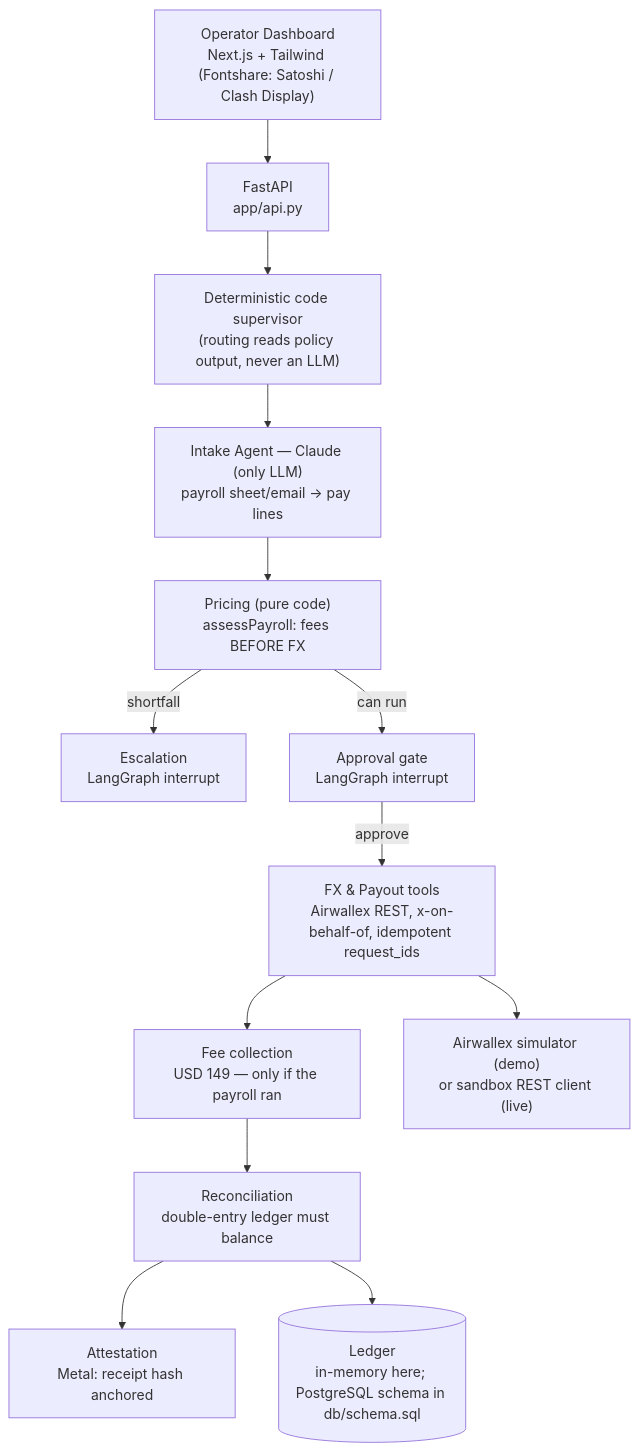
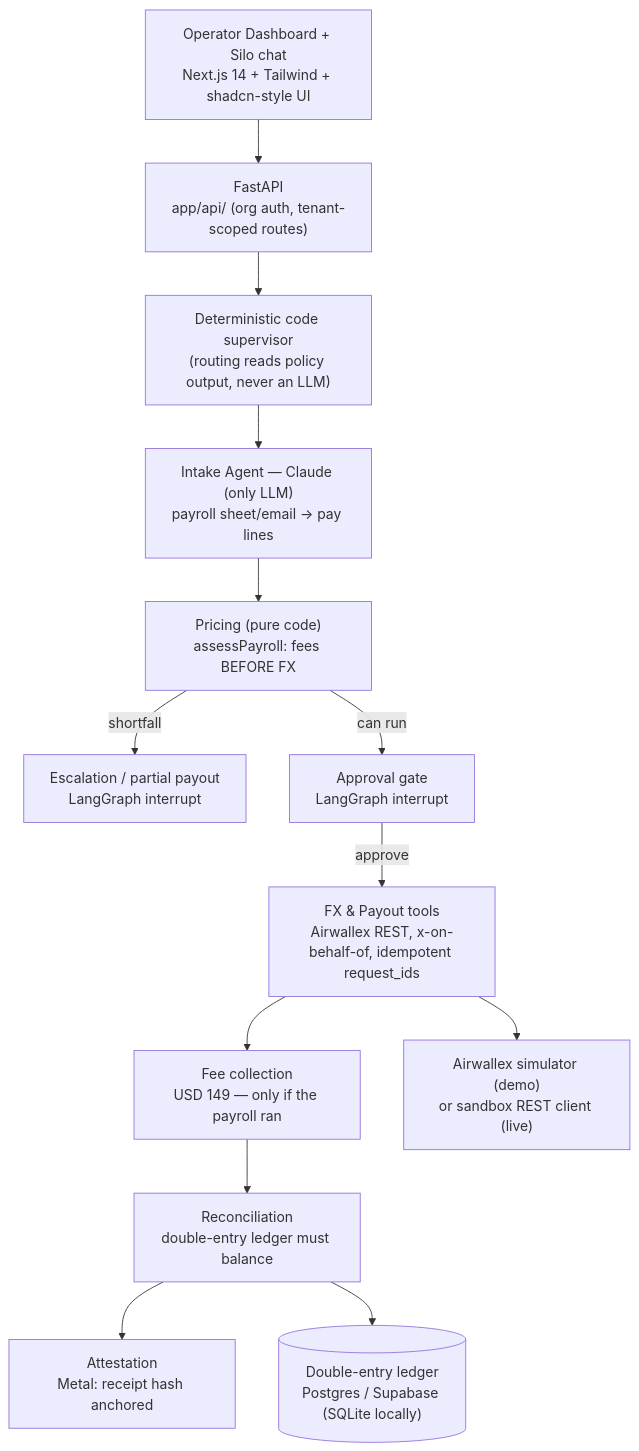
The first of 2 diagrams in README.md (BEASTSHRIRAM/PaySilo), drawn with Mermaid before and after one commit. The commit also changed other lines of this file, not shown here.

First line of the commit message:
docs(readme): v3 state — Kit 6 partial payout, live sandbox guide, troubleshooting

````diff
--- a/README.md
+++ b/README.md
@@ -36,24 +43,24 @@
 ```mermaid
 flowchart TD
-    UI["Operator Dashboard<br/>Next.js + Tailwind (Fontshare: Satoshi / Clash Display)"]
-    API["FastAPI<br/>app/api.py"]
+    UI["Operator Dashboard + Silo chat<br/>Next.js 14 + Tailwind + shadcn-style UI"]
+    API["FastAPI<br/>app/api/ (org auth, tenant-scoped routes)"]
     SUP["Deterministic code supervisor<br/>(routing reads policy output, never an LLM)"]
     INTAKE["Intake Agent — Claude (only LLM)<br/>payroll sheet/email → pay lines"]
     PRICE["Pricing (pure code)<br/>assessPayroll: fees BEFORE FX"]
-    ESC["Escalation<br/>LangGraph interrupt"]
+    ESC["Escalation / partial payout<br/>LangGraph interrupt"]
     APPR["Approval gate<br/>LangGraph interrupt"]
     EXEC["FX & Payout tools<br/>Airwallex REST, x-on-behalf-of, idempotent request_ids"]
     FEE["Fee collection<br/>USD 149 — only if the payroll ran"]
     REC["Reconciliation<br/>double-entry ledger must balance"]
     ATT["Attestation<br/>Metal: receipt hash anchored"]
     SIM["Airwallex simulator (demo)<br/>or sandbox REST client (live)"]
-    LED[("Ledger<br/>in-memory here; PostgreSQL schema in db/schema.sql")]
+    LED[("Double-entry ledger<br/>Postgres / Supabase (SQLite locally)")]
 
     UI --> API --> SUP
     SUP --> INTAKE --> PRICE
     PRICE -->|shortfall| ESC
     PRICE -->|can run| APPR
     APPR -->|approve| EXEC --> FEE --> REC --> ATT
     EXEC --> SIM
     REC --> LED
 ```
````
